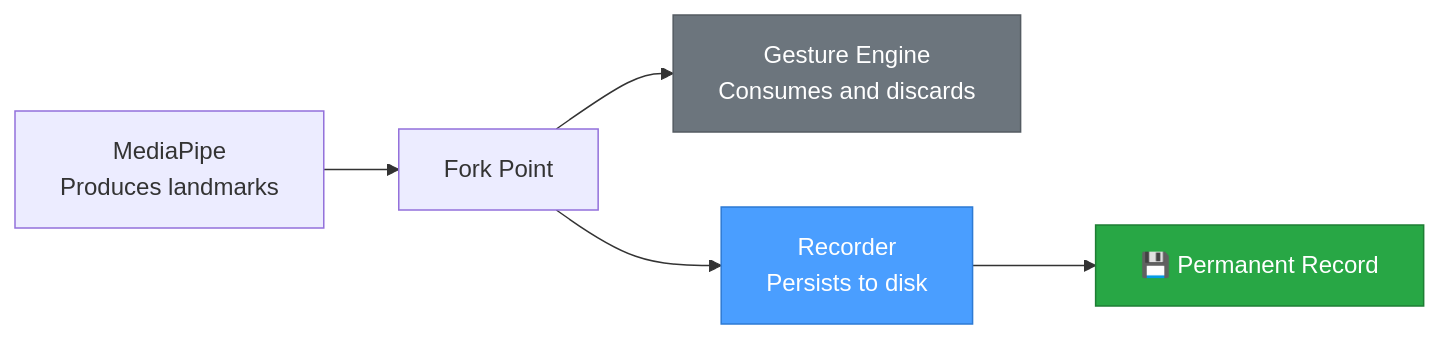
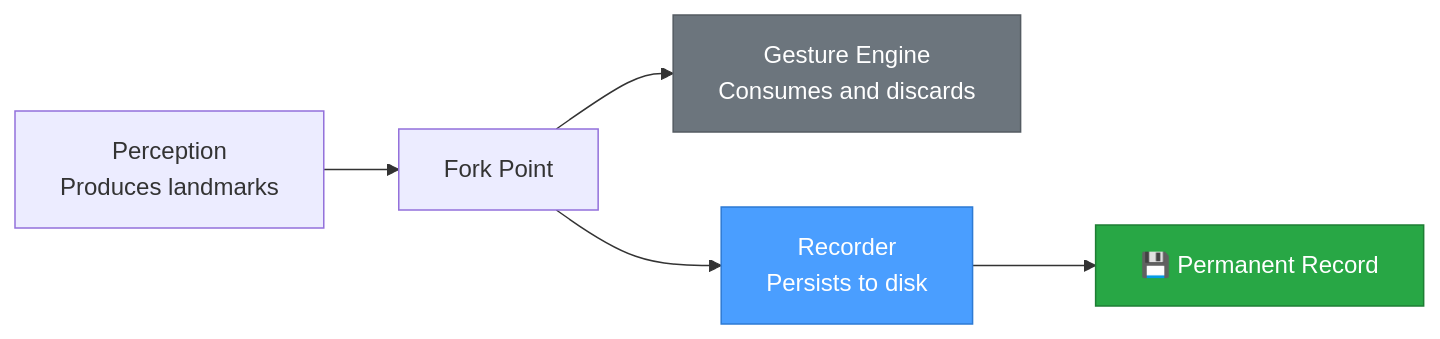
The first of 9 diagrams in docs/engineering/03-recorder-and-replay.md (Varun2526/AirOs), drawn with Mermaid before and after one commit. The commit also changed other lines of this file and 5 other files, not shown here.

````diff
--- a/docs/engineering/03-recorder-and-replay.md
+++ b/docs/engineering/03-recorder-and-replay.md
@@ -91,11 +94,11 @@
 ```mermaid
 graph LR
-    MP["MediaPipe<br/>Produces landmarks"] --> FORK["Fork Point"]
+    PERC["Perception<br/>Produces landmarks"] --> FORK["Fork Point"]
     FORK --> GE["Gesture Engine<br/>Consumes and discards"]
     FORK --> REC["Recorder<br/>Persists to disk"]
     REC --> DISK["💾 Permanent Record"]
 
     style REC fill:#4a9eff,stroke:#2d7ad4,color:#fff
     style DISK fill:#28a745,stroke:#1e7e34,color:#fff
     style GE fill:#6c757d,stroke:#545b62,color:#fff
 ```
````
